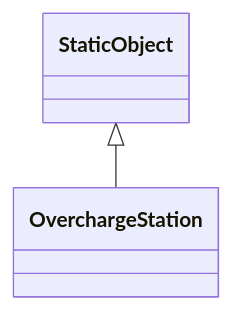
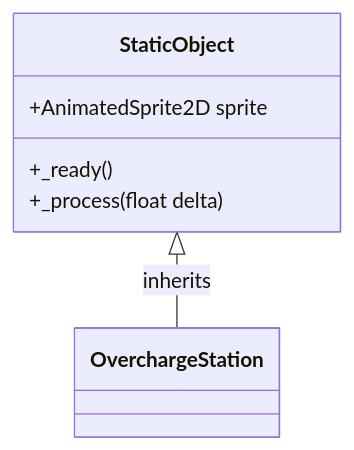
Before and after one commit to safwan-ds/AstroDodge: the third of 3 diagrams in docs/classes.md, drawn with Mermaid. The commit also changed other lines of this file and 93 other files, not shown here.

````diff
--- a/docs/classes.md
+++ b/docs/classes.md
@@ -105,10 +122,12 @@
 ```mermaid
 classDiagram
-    StaticObject <|-- OverchargeStation
+    StaticObject <|-- OverchargeStation : inherits
     class StaticObject {
-        
+        +AnimatedSprite2D sprite
+        +_ready()
+        +_process(float delta)
     }
     class OverchargeStation {
-        
+
     }
 ```
````
